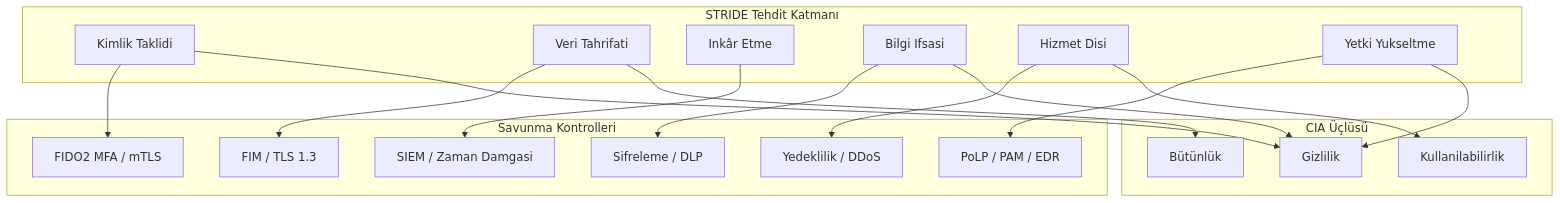
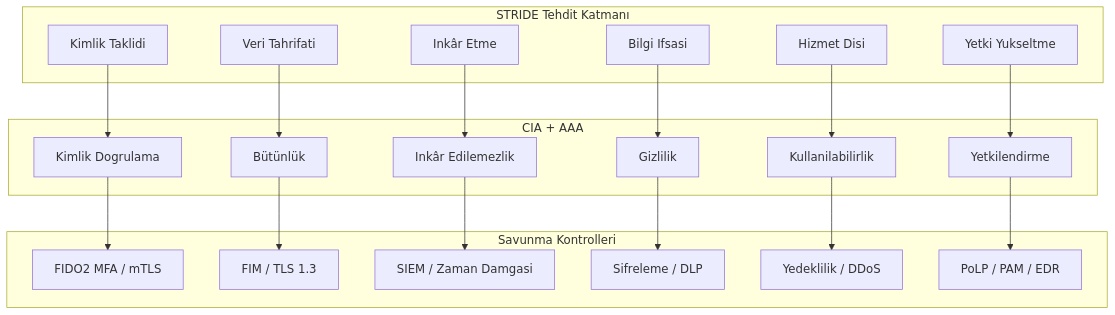
The first of 2 diagrams in src/content/docs/01-bilgi-guvenligi/01-temeller-ve-cia.md (yusufarbc/Siber-Guvenlik-Rehberi), drawn with Mermaid before and after one commit. The commit also changed 13 other files, not shown here.

First line of the commit message:
Mermaid diyagramlarındaki yapısal sorunları düzelt, kalabalık olanları sadeleştir

````diff
--- a/src/content/docs/01-bilgi-guvenligi/01-temeller-ve-cia.md
+++ b/src/content/docs/01-bilgi-guvenligi/01-temeller-ve-cia.md
@@ -233,35 +233,33 @@
 ```mermaid
 flowchart TB
   subgraph Tehdit["STRIDE Tehdit Katmanı"]
     S["Kimlik Taklidi"]
     T["Veri Tahrifati"]
     R["Inkâr Etme"]
     I["Bilgi Ifsasi"]
     D["Hizmet Disi"]
     E["Yetki Yukseltme"]
   end
-  subgraph CIA["CIA Üçlüsü"]
+  subgraph CIA["CIA + AAA"]
+    AUTH["Kimlik Dogrulama"]
+    IN["Bütünlük"]
+    NREP["Inkâr Edilemezlik"]
     C["Gizlilik"]
-    IN["Bütünlük"]
     A["Kullanilabilirlik"]
+    AUTHZ["Yetkilendirme"]
   end
   subgraph Kontrol["Savunma Kontrolleri"]
     MFA["FIDO2 MFA / mTLS"]
     FIM["FIM / TLS 1.3"]
     SIEM["SIEM / Zaman Damgasi"]
     ENC["Sifreleme / DLP"]
     HA["Yedeklilik / DDoS"]
     PAM["PoLP / PAM / EDR"]
   end
-  S --> C
-  T --> IN
-  I --> C
-  D --> A
-  E --> C
-  S --> MFA
-  T --> FIM
-  R --> SIEM
-  I --> ENC
-  D --> HA
-  E --> PAM
+  S --> AUTH --> MFA
+  T --> IN --> FIM
+  R --> NREP --> SIEM
+  I --> C --> ENC
+  D --> A --> HA
+  E --> AUTHZ --> PAM
 ```
````
